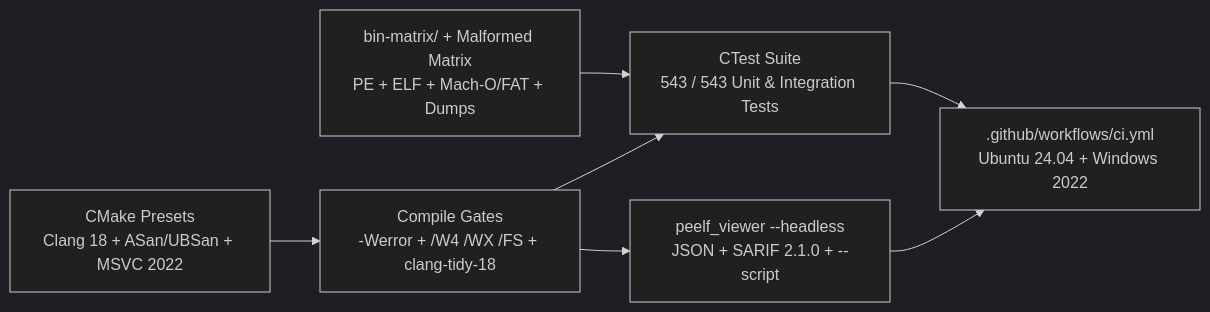
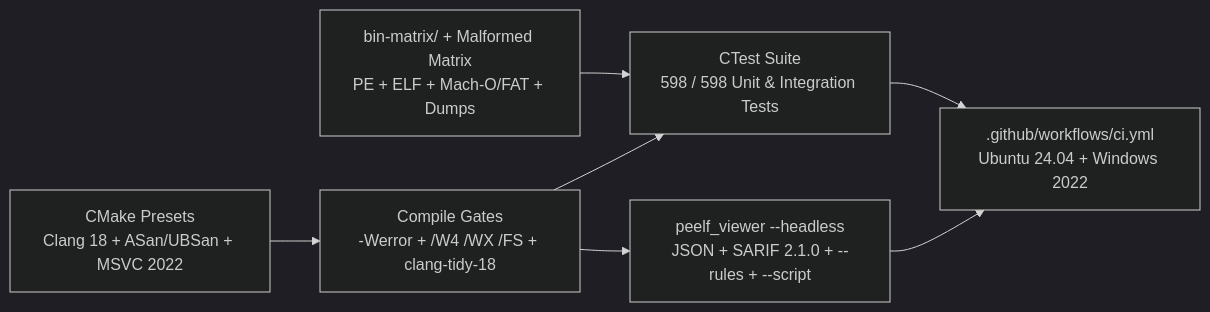
The seventh of 7 diagrams in docs/ARCHITECTURE.md (wsollers/exe_viewer), drawn with Mermaid (dark theme) before and after one commit. The commit also changed other lines of this file and 26 other files, not shown here.

````diff
--- a/docs/ARCHITECTURE.md
+++ b/docs/ARCHITECTURE.md
@@ -226,16 +228,16 @@
 ```mermaid
 flowchart LR
     matrix["bin-matrix/ + Malformed Matrix<br/>PE + ELF + Mach-O/FAT + Dumps"]
     presets["CMake Presets<br/>Clang 18 + ASan/UBSan + MSVC 2022"]
     gates["Compile Gates<br/>-Werror + /W4 /WX /FS + clang-tidy-18"]
-    ctest["CTest Suite<br/>543 / 543 Unit & Integration Tests"]
-    headless["peelf_viewer --headless<br/>JSON + SARIF 2.1.0 + --script"]
+    ctest["CTest Suite<br/>598 / 598 Unit & Integration Tests"]
+    headless["peelf_viewer --headless<br/>JSON + SARIF 2.1.0 + --rules + --script"]
     gha[".github/workflows/ci.yml<br/>Ubuntu 24.04 + Windows 2022"]
 
     matrix --> ctest
     presets --> gates
     gates --> ctest
     gates --> headless
     ctest --> gha
     headless --> gha
 ```
````
